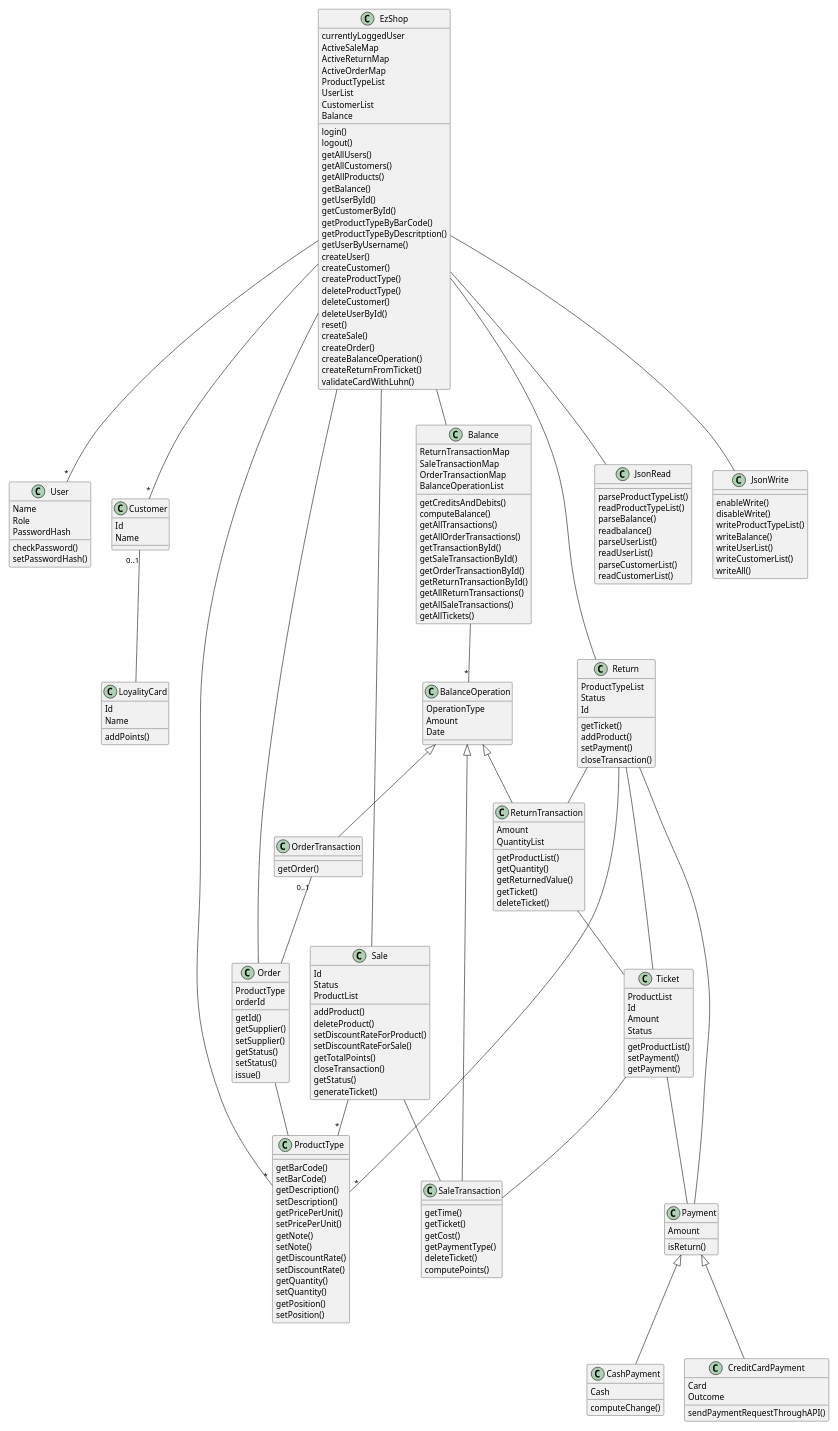
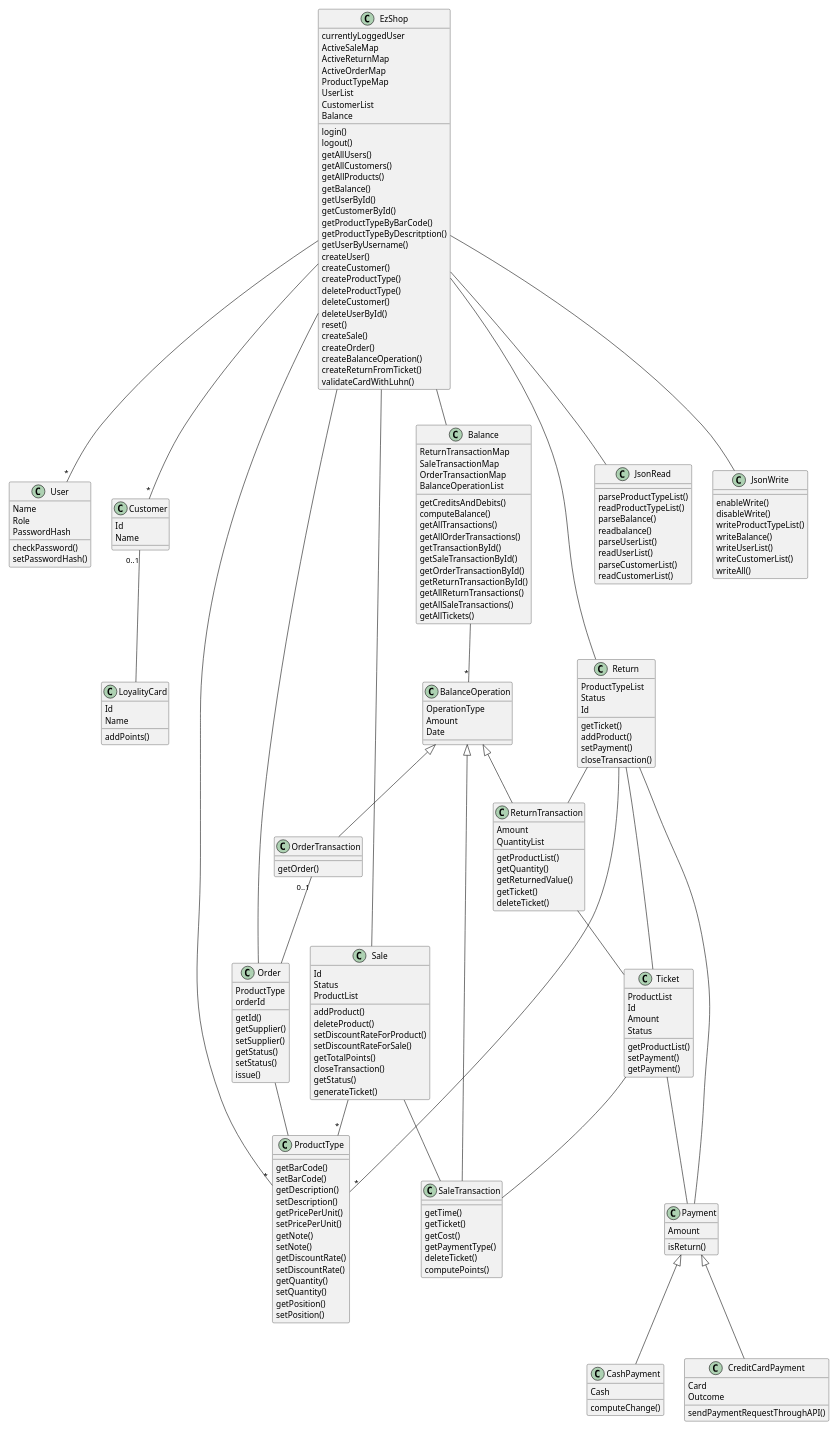
The second of 15 diagrams in Deliverables/DesignDocument.md (paolotron/EzshoProject31), drawn with PlantUML before and after one commit.

```diff
--- a/Deliverables/DesignDocument.md
+++ b/Deliverables/DesignDocument.md
@@ -77,7 +77,7 @@
     ActiveSaleMap
     ActiveReturnMap
     ActiveOrderMap
-    ProductTypeList
+    ProductTypeMap
     UserList
     CustomerList
     Balance
```
